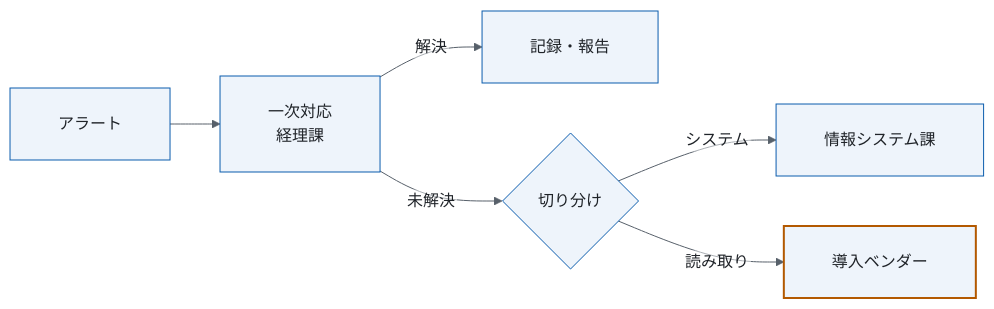
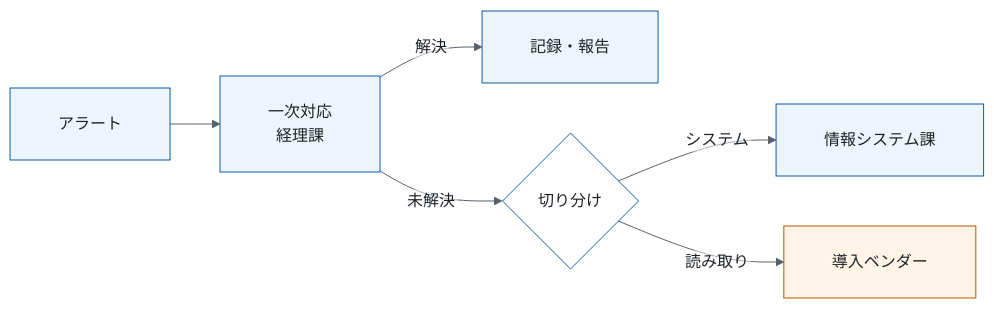
The second of 3 diagrams in decks/2026-10-01-invoice-ocr-confirm/design/operations.md (spin-glass/tool-slides), drawn with Mermaid before and after one commit. The commit also changed other lines of this file and 17 other files, not shown here.

First line of the commit message:
design-doc: 図の形・色・ラベル・題を検査し、Notion の修正指示の受け方を足す

````diff
--- a/decks/2026-10-01-invoice-ocr-confirm/design/operations.md
+++ b/decks/2026-10-01-invoice-ocr-confirm/design/operations.md
@@ -96,11 +102,16 @@
 ```mermaid
-%%{init: {"theme": "base", "flowchart": {"padding": 24, "htmlLabels": false}, "themeVariables": {"fontSize": "16px", "fontFamily": "Hiragino Sans, Noto Sans JP, sans-serif", "primaryColor": "#eef4fb", "primaryBorderColor": "#0b5cad", "primaryTextColor": "#1f2328", "lineColor": "#57606a", "edgeLabelBackground": "#ffffff", "taskBkgColor": "#eef4fb", "taskBorderColor": "#0b5cad", "taskTextColor": "#1f2328", "critBkgColor": "#b35900", "critBorderColor": "#b35900", "gridColor": "#d0d7de", "sectionBkgColor": "#ffffff"}}}%%
+%%{init: {"theme": "base", "fontFamily": "Hiragino Sans, Noto Sans JP, sans-serif", "themeCSS": ".edgeLabel rect{opacity:1}", "flowchart": {"padding": 24, "htmlLabels": false}, "themeVariables": {"fontSize": "16px", "fontFamily": "Hiragino Sans, Noto Sans JP, sans-serif", "primaryColor": "#eef4fb", "primaryBorderColor": "#0b5cad", "primaryTextColor": "#1f2328", "lineColor": "#57606a", "edgeLabelBackground": "#ffffff", "taskBkgColor": "#eef4fb", "taskBorderColor": "#0b5cad", "taskTextColor": "#1f2328", "critBkgColor": "#b35900", "critBorderColor": "#b35900", "gridColor": "#d0d7de", "sectionBkgColor": "#ffffff"}}}%%
 flowchart LR
   A[アラート] --> B[一次対応<br>経理課]
   B -->|解決| E[記録・報告]
   B -->|未解決| C{切り分け}
   C -->|システム| D1[情報システム課]
   C -->|読み取り| D2[導入ベンダー]
-  classDef vendor stroke:#b35900,stroke-width:2px
-  class D2 vendor
+  class C gate
+  class D2 human
+  classDef start fill:#f6f8fa,stroke:#57606a,color:#1f2328
+  classDef gate fill:#ffffff,stroke:#0b5cad,color:#1f2328
+  classDef sign fill:#ffffff,stroke:#8c959f,color:#1f2328
+  classDef human fill:#fff4e5,stroke:#b35900,color:#1f2328
+  classDef band fill:#ffffff,stroke:#d0d7de,color:#57606a
 ```
````
